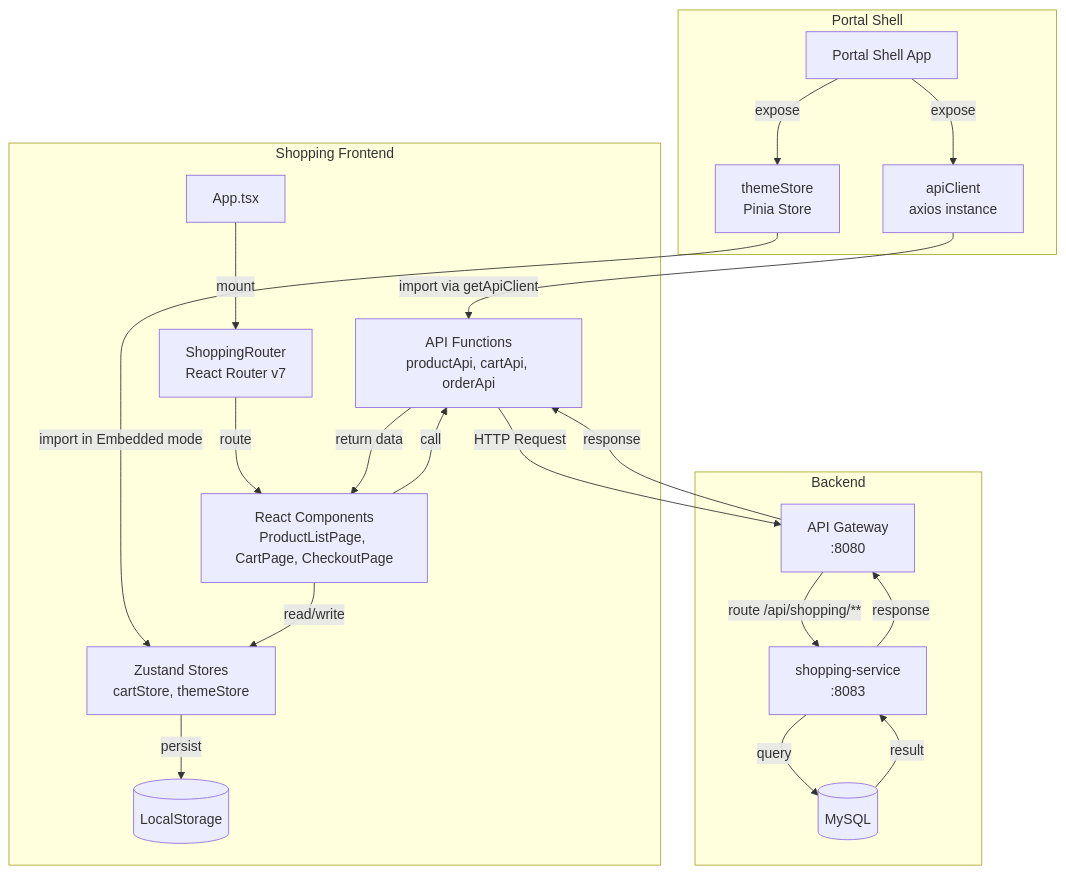
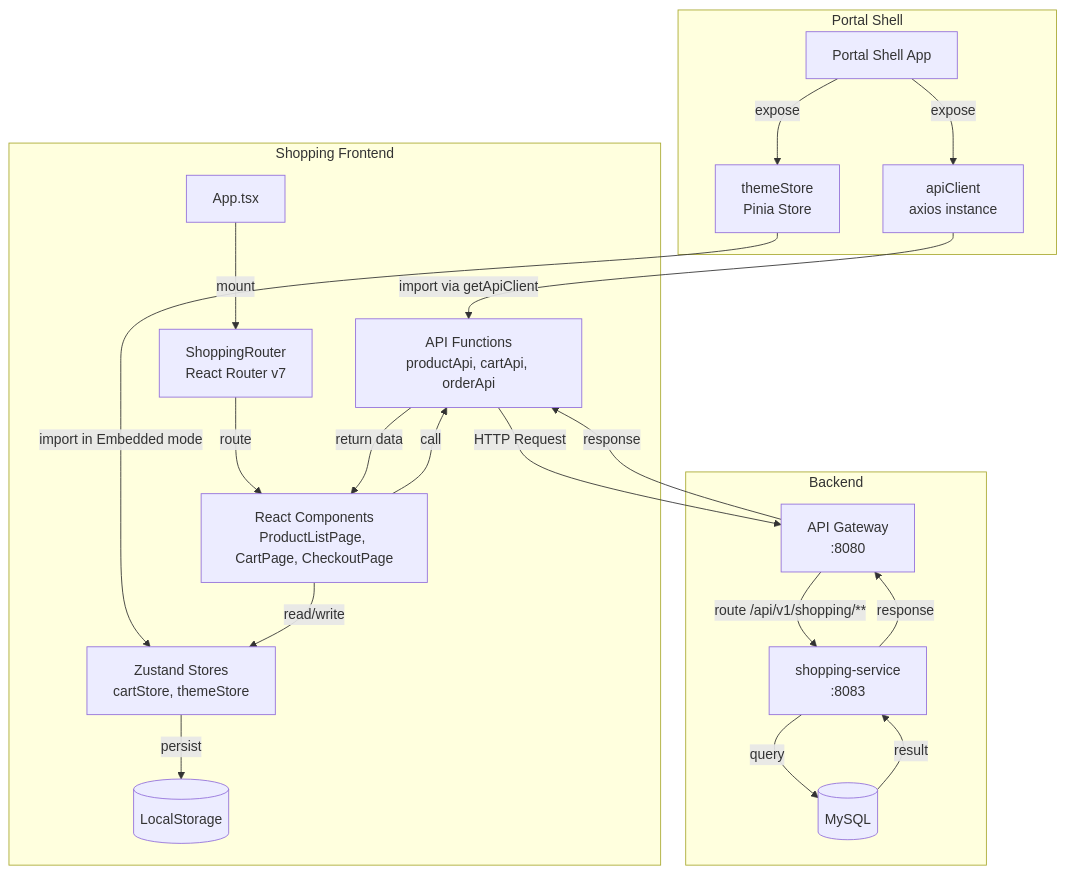
One commit to L-a-z-e/portal-universe changed the first of 7 diagrams in frontend/shopping-frontend/docs/architecture/data-flow.md. Above: the diagram before and after it, drawn with Mermaid. The commit also changed other lines of this file and 15 other files, not shown here.

````diff
--- a/frontend/shopping-frontend/docs/architecture/data-flow.md
+++ b/frontend/shopping-frontend/docs/architecture/data-flow.md
@@ -32,40 +32,40 @@
 ```mermaid
 graph TB
     subgraph "Portal Shell"
         PS[Portal Shell App]
         AC[apiClient<br/>axios instance]
         TS[themeStore<br/>Pinia Store]
     end
 
     subgraph "Shopping Frontend"
         APP[App.tsx]
         RT[ShoppingRouter<br/>React Router v7]
         BC[React Components<br/>ProductListPage, CartPage, CheckoutPage]
         API[API Functions<br/>productApi, cartApi, orderApi]
         ZS[Zustand Stores<br/>cartStore, themeStore]
         LS[(LocalStorage)]
     end
 
     subgraph "Backend"
         GW[API Gateway<br/>:8080]
         SS[shopping-service<br/>:8083]
         DB[(MySQL)]
     end
 
     PS -->|expose| AC
     PS -->|expose| TS
     AC -->|import via getApiClient| API
     TS -->|import in Embedded mode| ZS
     APP -->|mount| RT
     RT -->|route| BC
     BC -->|call| API
     BC -->|read/write| ZS
     ZS -->|persist| LS
     API -->|HTTP Request| GW
-    GW -->|route /api/shopping/**| SS
+    GW -->|route /api/v1/shopping/**| SS
     SS -->|query| DB
     DB -->|result| SS
     SS -->|response| GW
     GW -->|response| API
     API -->|return data| BC
 ```
````
